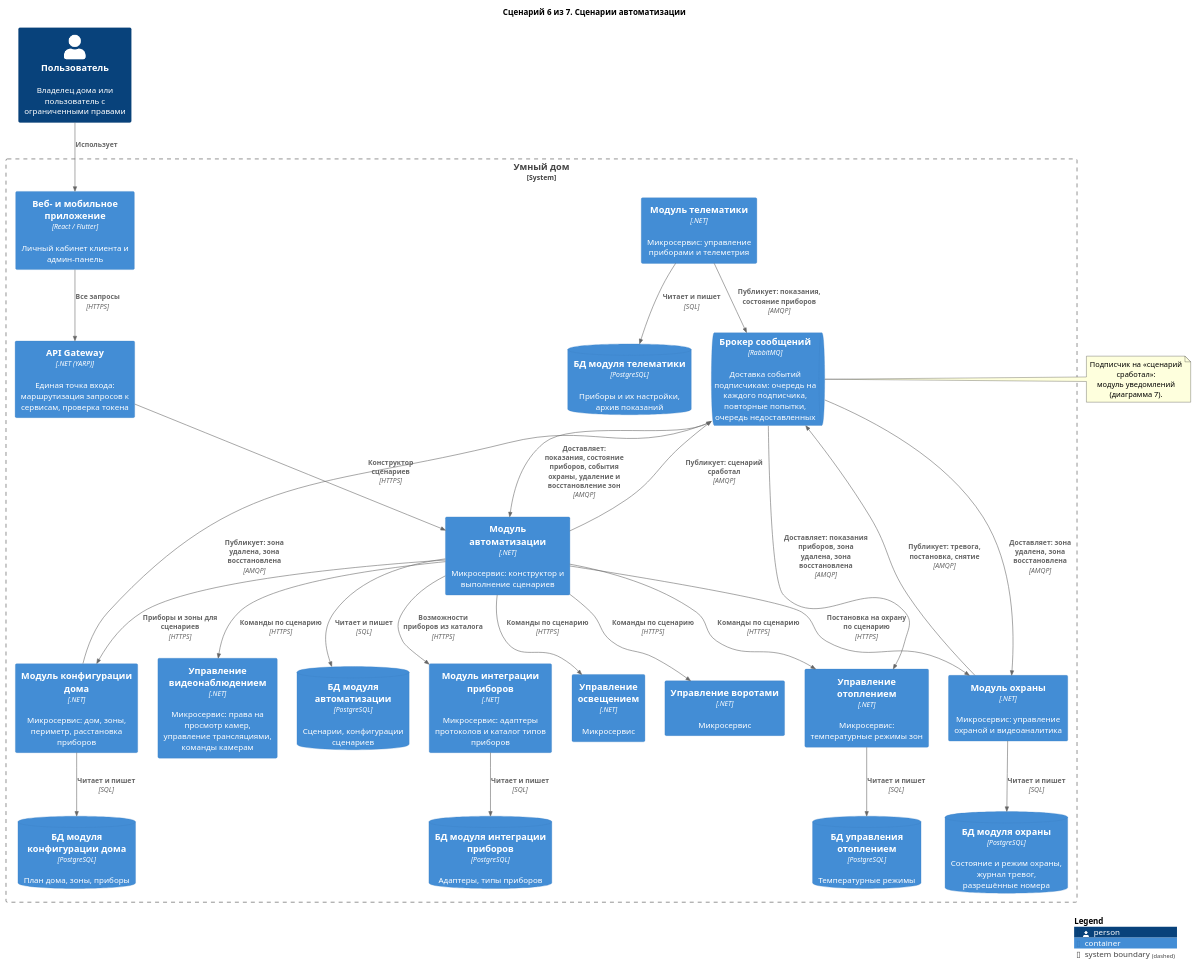
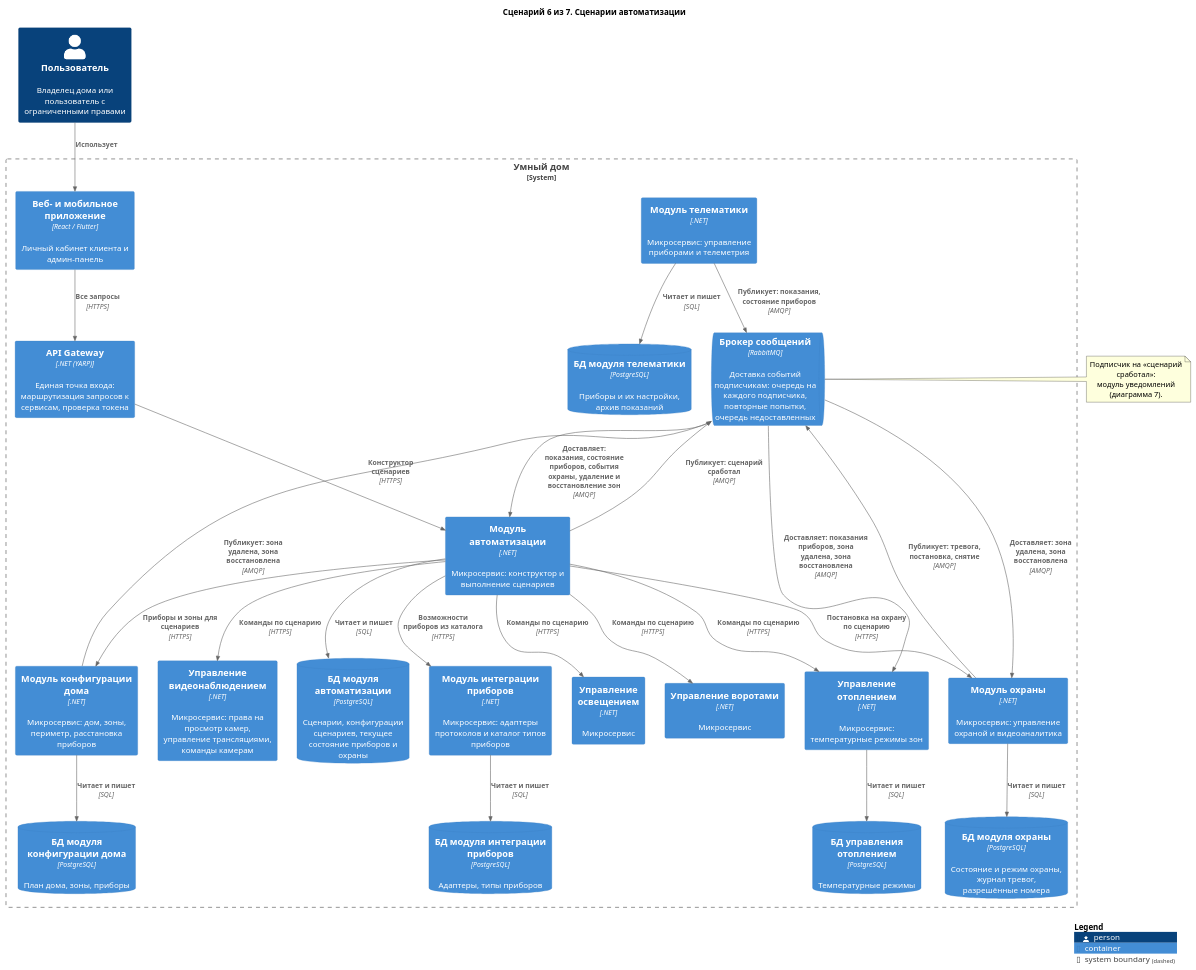
One commit to Lyamin-av/architecture-warmhouse changed the diagram in diagrams/containers-scenarios/06-automation.puml. Above: the diagram before and after it, drawn with PlantUML. The commit also changed 10 other files, not shown here.

Commit message:
C4: диаграмма кода «Выполнение сценариев» (триггеры, условия по текущему состоянию, действия)

```diff
--- a/diagrams/containers-scenarios/06-automation.puml
+++ b/diagrams/containers-scenarios/06-automation.puml
@@ -1,61 +1,61 @@
 @startuml 06-automation
 !include <C4/C4_Container>
 
 title Сценарий 6 из 7. Сценарии автоматизации
 
 Person(user, "Пользователь", "Владелец дома или пользователь с ограниченными правами")
 
 System_Boundary(Warmhouse, "Умный дом") {
     Container(apps, "Веб- и мобильное приложение", "React / Flutter", "Личный кабинет клиента и админ-панель")
     Container(Gateway, "API Gateway", ".NET (YARP)", "Единая точка входа: маршрутизация запросов к сервисам, проверка токена")
     Container(Automation, "Модуль автоматизации", ".NET", "Микросервис: конструктор и выполнение сценариев")
     Container(HouseConfigurator, "Модуль конфигурации дома", ".NET", "Микросервис: дом, зоны, периметр, расстановка приборов")
     Container(DeviceIntegration, "Модуль интеграции приборов", ".NET", "Микросервис: адаптеры протоколов и каталог типов приборов")
     Container(Heating, "Управление отоплением", ".NET", "Микросервис: температурные режимы зон")
     Container(Lighting, "Управление освещением", ".NET", "Микросервис")
     Container(GateControl, "Управление воротами", ".NET", "Микросервис")
     Container(VideoControl, "Управление видеонаблюдением", ".NET", "Микросервис: права на просмотр камер, управление трансляциями, команды камерам")
     Container(Security, "Модуль охраны", ".NET", "Микросервис: управление охраной и видеоаналитика")
     Container(Telematics, "Модуль телематики", ".NET", "Микросервис: управление приборами и телеметрия")
     ContainerQueue(Broker, "Брокер сообщений", "RabbitMQ", "Доставка событий подписчикам: очередь на каждого подписчика, повторные попытки, очередь недоставленных")
     ContainerDb(dbHeating, "БД управления отоплением", "PostgreSQL", "Температурные режимы")
     ContainerDb(dbSecurity, "БД модуля охраны", "PostgreSQL", "Состояние и режим охраны, журнал тревог, разрешённые номера")
     ContainerDb(dbTelematics, "БД модуля телематики", "PostgreSQL", "Приборы и их настройки, архив показаний")
     ContainerDb(dbDIS, "БД модуля интеграции приборов", "PostgreSQL", "Адаптеры, типы приборов")
-    ContainerDb(dbAuto, "БД модуля автоматизации", "PostgreSQL", "Сценарии, конфигурации сценариев")
+    ContainerDb(dbAuto, "БД модуля автоматизации", "PostgreSQL", "Сценарии, конфигурации сценариев, текущее состояние приборов и охраны")
     ContainerDb(dbHC, "БД модуля конфигурации дома", "PostgreSQL", "План дома, зоны, приборы")
 }
 
 
 Rel(user, apps, "Использует")
 Rel(apps, Gateway, "Все запросы", "HTTPS")
 Rel(Gateway, Automation, "Конструктор сценариев", "HTTPS")
 Rel(Automation, HouseConfigurator, "Приборы и зоны для сценариев", "HTTPS")
 Rel(Automation, DeviceIntegration, "Возможности приборов из каталога", "HTTPS")
 Rel(Automation, Heating, "Команды по сценарию", "HTTPS")
 Rel(Automation, Lighting, "Команды по сценарию", "HTTPS")
 Rel(Automation, GateControl, "Команды по сценарию", "HTTPS")
 Rel(Automation, VideoControl, "Команды по сценарию", "HTTPS")
 Rel(Automation, Security, "Постановка на охрану по сценарию", "HTTPS")
 Rel(Telematics, Broker, "Публикует: показания, состояние приборов", "AMQP")
 Rel(Security, Broker, "Публикует: тревога, постановка, снятие", "AMQP")
 Rel(Broker, Automation, "Доставляет: показания, состояние приборов, события охраны, удаление и восстановление зон", "AMQP")
 Rel(Automation, Broker, "Публикует: сценарий сработал", "AMQP")
 
 note right of Broker
   Подписчик на «сценарий сработал»:
   модуль уведомлений (диаграмма 7).
 end note
 
 Rel(Heating, dbHeating, "Читает и пишет", "SQL")
 Rel(Security, dbSecurity, "Читает и пишет", "SQL")
 Rel(Telematics, dbTelematics, "Читает и пишет", "SQL")
 Rel(DeviceIntegration, dbDIS, "Читает и пишет", "SQL")
 Rel(Automation, dbAuto, "Читает и пишет", "SQL")
 Rel(HouseConfigurator, dbHC, "Читает и пишет", "SQL")
 Rel(HouseConfigurator, Broker, "Публикует: зона удалена, зона восстановлена", "AMQP")
 Rel(Broker, Heating, "Доставляет: показания приборов, зона удалена, зона восстановлена", "AMQP")
 Rel(Broker, Security, "Доставляет: зона удалена, зона восстановлена", "AMQP")
 
 SHOW_LEGEND()
 @enduml
```
